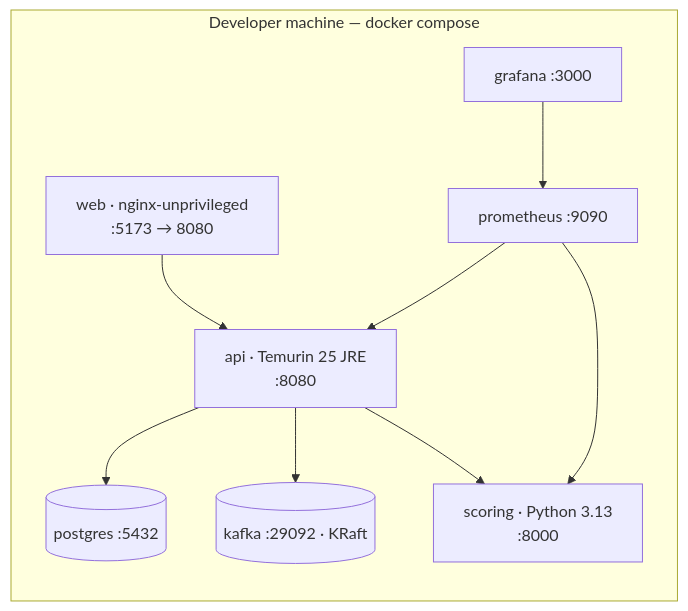
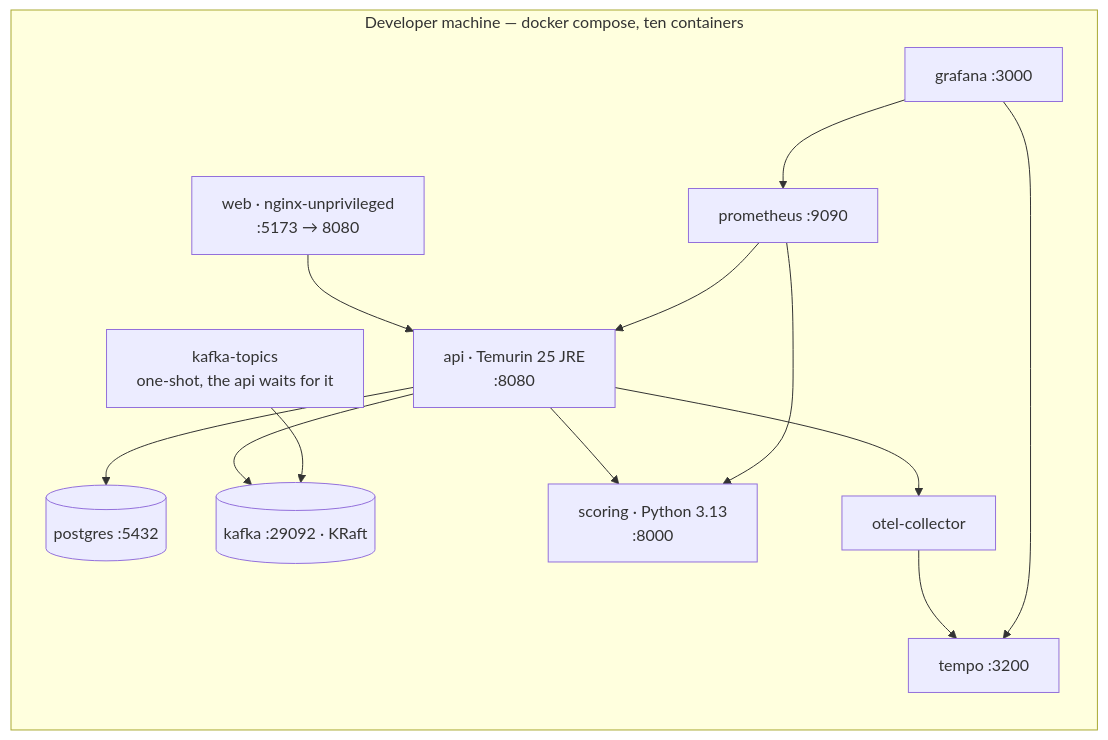
One commit to la3679/sentinelflow changed the fifth of 5 diagrams in README.md. Above: the diagram before and after it, drawn with Mermaid. The commit also changed other lines of this file, not shown here.

````diff
--- a/README.md
+++ b/README.md
@@ -195,20 +233,27 @@
 ```mermaid
 flowchart TB
-    subgraph host["Developer machine — docker compose"]
+    subgraph host["Developer machine — docker compose, ten containers"]
         direction TB
         web["web · nginx-unprivileged<br/>:5173 → 8080"]
         api["api · Temurin 25 JRE<br/>:8080"]
         scoring["scoring · Python 3.13<br/>:8000"]
         pg[("postgres :5432")]
         kafka[("kafka :29092 · KRaft")]
+        topics["kafka-topics<br/>one-shot, the api waits for it"]
+        otel["otel-collector"]
+        tempo["tempo :3200"]
         prom["prometheus :9090"]
         graf["grafana :3000"]
     end
     web --> api
     api --> pg
     api --> kafka
     api --> scoring
+    topics --> kafka
+    api --> otel
+    otel --> tempo
     prom --> api
     prom --> scoring
     graf --> prom
+    graf --> tempo
 ```
````
